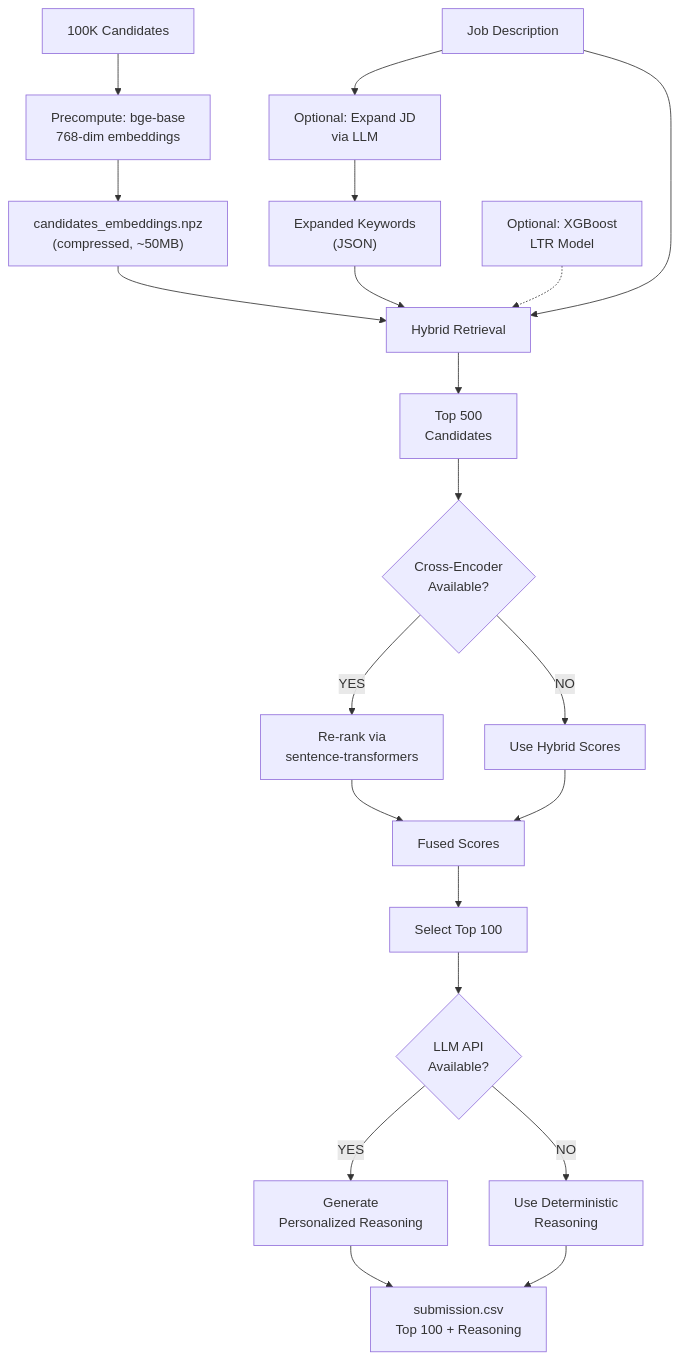
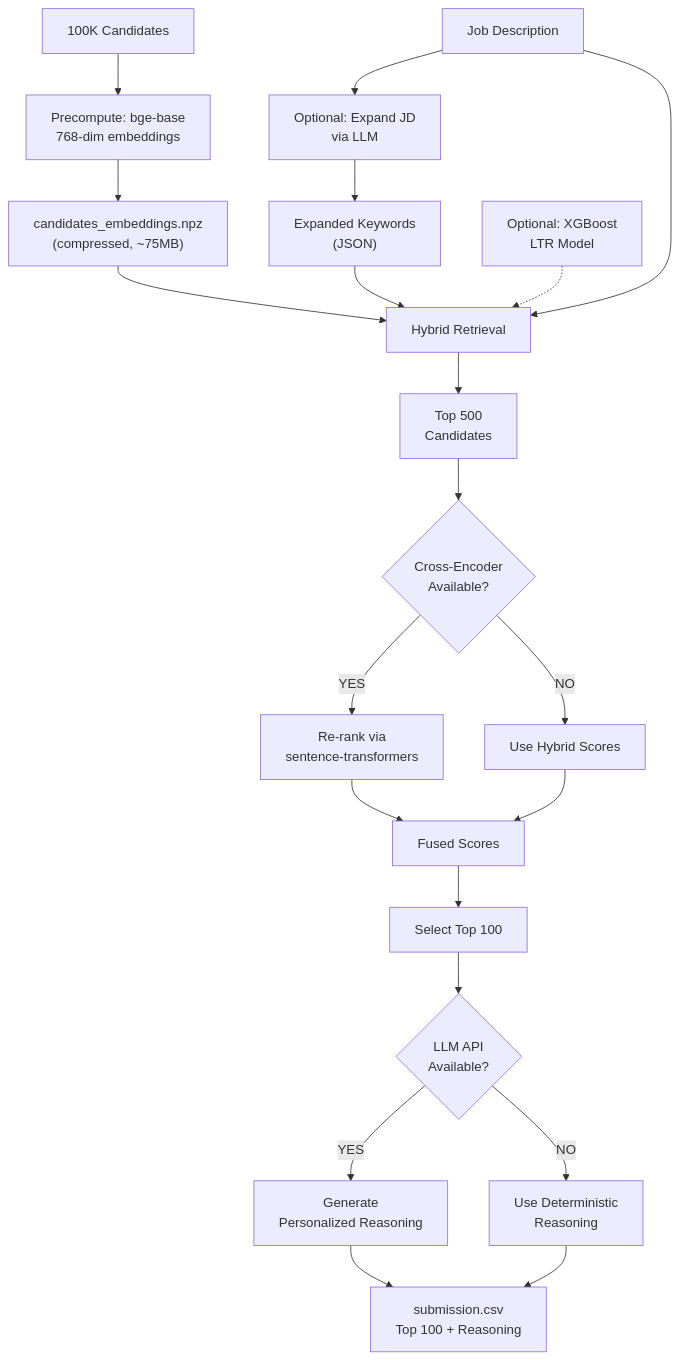
One commit to AbhayBhise/REDROB-AI- changed the first of 2 diagrams in README.md. Above: the diagram before and after it, drawn with Mermaid.

Commit message:
Correct size of candidates_embeddings.npz in README
Updated the size of candidates_embeddings.npz in the diagram.

````diff
--- a/README.md
+++ b/README.md
@@ -102,30 +102,30 @@
 ```mermaid
 graph TD
     A["100K Candidates"] --> B["Precompute: bge-base<br/>768-dim embeddings"]
-    B --> C["candidates_embeddings.npz<br/>(compressed, ~50MB)"]
+    B --> C["candidates_embeddings.npz<br/>(compressed, ~75MB)"]
     
     D["Job Description"] --> E["Optional: Expand JD<br/>via LLM"]
     E --> F["Expanded Keywords<br/>(JSON)"]
     
     D --> G["Hybrid Retrieval"]
     C --> G
     F --> G
     G --> H["Top 500<br/>Candidates"]
     
     H --> I{"Cross-Encoder<br/>Available?"}
     I -->|YES| J["Re-rank via<br/>sentence-transformers"]
     I -->|NO| K["Use Hybrid Scores"]
     J --> L["Fused Scores"]
     K --> L
     
     L --> M["Select Top 100"]
     
     M --> N{"LLM API<br/>Available?"}
     N -->|YES| O["Generate<br/>Personalized Reasoning"]
     N -->|NO| P["Use Deterministic<br/>Reasoning"]
     
     O --> Q["submission.csv<br/>Top 100 + Reasoning"]
     P --> Q
     
     R["Optional: XGBoost<br/>LTR Model"] -.-> G
 ```
````
